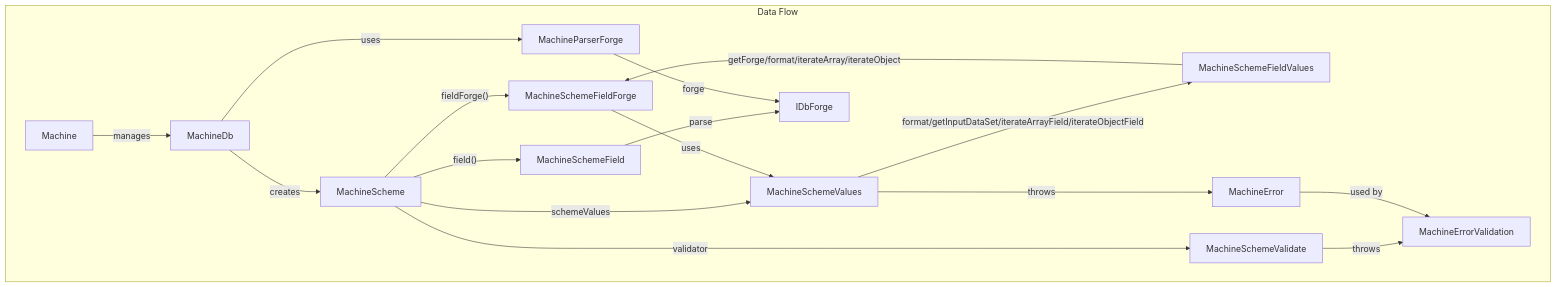
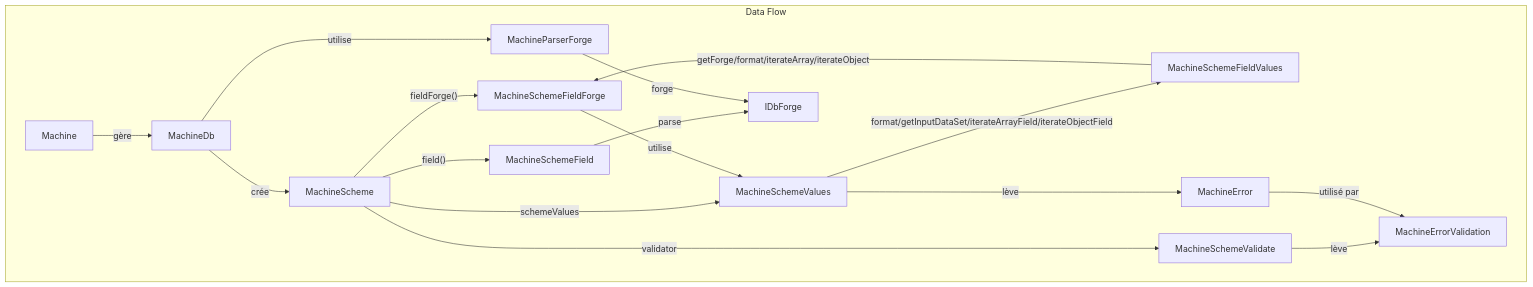
The diagram in packages/idae-machine/docs/machine-architecture.md (medyll/idae), drawn with Mermaid before and after one commit. The commit also changed other lines of this file and 17 other files, not shown here.

Commit message:
refactor: Remove outdated documentation and files; update architecture diagram and clarify project structure

````diff
--- a/packages/idae-machine/docs/machine-architecture.md
+++ b/packages/idae-machine/docs/machine-architecture.md
@@ -8,33 +9,33 @@
 ```mermaid
 graph TD
-  Machine -- manages --> MachineDb
-  MachineDb -- creates --> MachineScheme
+  Machine -- gère --> MachineDb
+  MachineDb -- crée --> MachineScheme
   MachineScheme -- field() --> MachineSchemeField
   MachineScheme -- fieldForge() --> MachineSchemeFieldForge
   MachineScheme -- schemeValues --> MachineSchemeValues
   MachineSchemeValues -- format/getInputDataSet/iterateArrayField/iterateObjectField --> MachineSchemeFieldValues
   MachineSchemeFieldValues -- getForge/format/iterateArray/iterateObject --> MachineSchemeFieldForge
-  MachineSchemeFieldForge -- uses --> MachineSchemeValues
+  MachineSchemeFieldForge -- utilise --> MachineSchemeValues
   MachineScheme -- validator --> MachineSchemeValidate
-  MachineSchemeValidate -- throws --> MachineErrorValidation
-  MachineSchemeValues -- throws --> MachineError
-  MachineDb -- uses --> MachineParserForge
+  MachineSchemeValidate -- lève --> MachineErrorValidation
+  MachineSchemeValues -- lève --> MachineError
+  MachineDb -- utilise --> MachineParserForge
   MachineSchemeField -- parse --> IDbForge
   MachineParserForge -- forge --> IDbForge
-  MachineError -- used by --> MachineErrorValidation
+  MachineError -- utilisé par --> MachineErrorValidation
 
   subgraph Data Flow
     Machine
     MachineDb
     MachineScheme
     MachineSchemeField
     MachineSchemeFieldForge
     MachineSchemeValues
     MachineSchemeFieldValues
     MachineSchemeValidate
     MachineError
     MachineErrorValidation
     MachineParserForge
     IDbForge
   end
 ```
````
